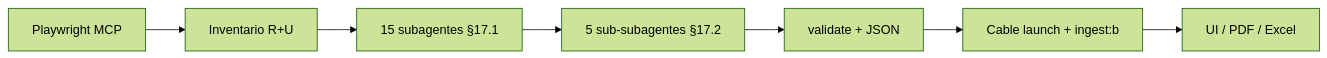
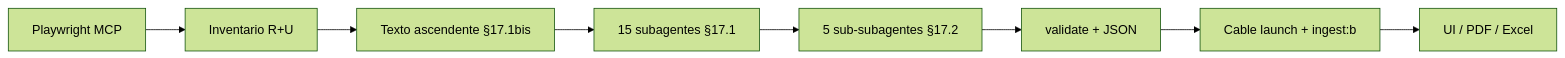
Before and after one commit to Fernandodesign96/lc-inapi.app: the first of 2 diagrams in docs/flujo-piloto-10-urls-claude-mvp.md, drawn with Mermaid (forest theme). The commit also changed other lines of this file and 24 other files, not shown here.

````diff
--- a/docs/flujo-piloto-10-urls-claude-mvp.md
+++ b/docs/flujo-piloto-10-urls-claude-mvp.md
@@ -127,9 +127,10 @@
 ```mermaid
 flowchart LR
   A[Playwright MCP] --> B[Inventario R+U]
-  B --> C[15 subagentes §17.1]
+  B --> C0[Texto ascendente §17.1bis]
+  C0 --> C[15 subagentes §17.1]
   C --> D[5 sub-subagentes §17.2]
   D --> E[validate + JSON]
   E --> F[Cable launch + ingest:b]
   F --> G[UI / PDF / Excel]
 ```
````
